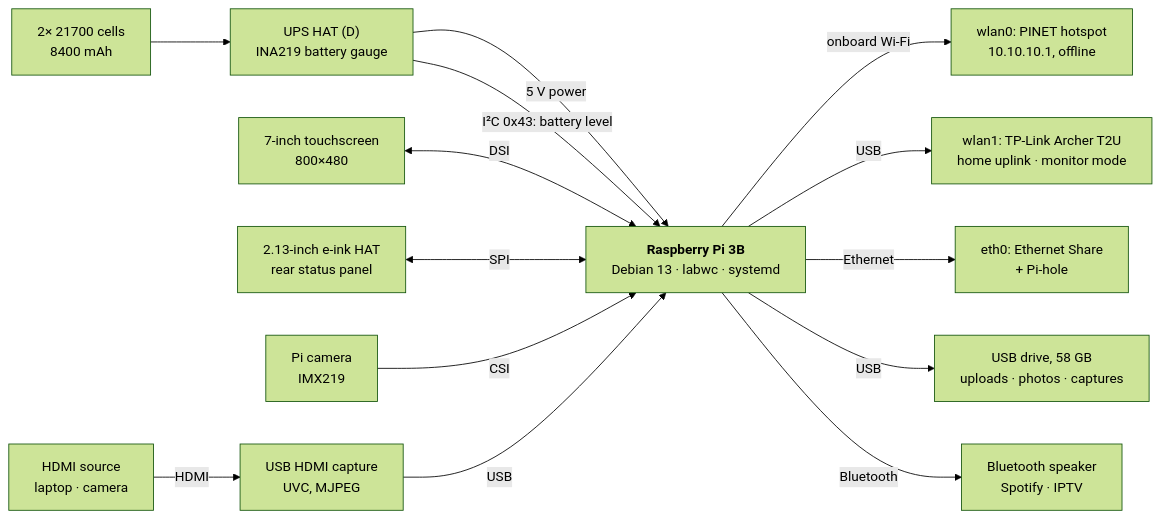
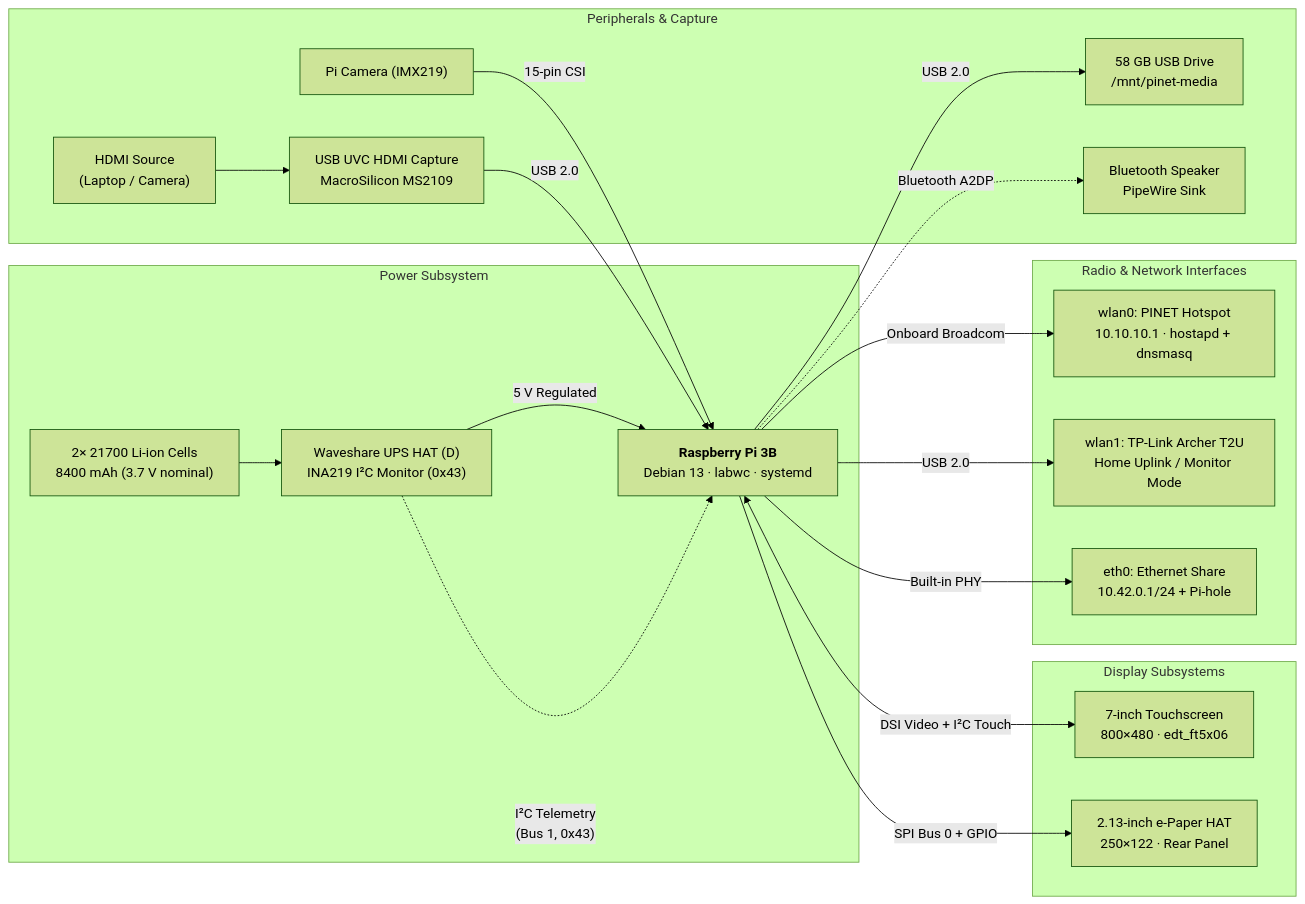
Before and after one commit to rupal2k/pinet: the diagram in README.md, drawn with Mermaid (forest theme). The commit also changed other lines of this file, not shown here.

First line of the commit message:
docs: enhance README with subsystem deep-dives, hardware BOM, setup steps, and CLI guide

````diff
--- a/README.md
+++ b/README.md
@@ -95,20 +233,27 @@
 ```mermaid
 flowchart LR
-    BAT["2× 21700 cells<br/>8400 mAh"] --> UPS["UPS HAT (D)<br/>INA219 battery gauge"]
-    UPS -->|5 V power| PI
-    UPS -->|"I²C 0x43: battery level"| PI
+    subgraph Power["Power Subsystem"]
+        BAT["2× 21700 Li-ion Cells<br/>8400 mAh (3.7 V nominal)"] --> UPS["Waveshare UPS HAT (D)<br/>INA219 I²C Monitor (0x43)"]
+        UPS -->|5 V Regulated| PI["<b>Raspberry Pi 3B</b><br/>Debian 13 · labwc · systemd"]
+        UPS -.->|"I²C Telemetry<br/>(Bus 1, 0x43)"| PI
+    end
 
-    PI["<b>Raspberry Pi 3B</b><br/>Debian 13 · labwc · systemd"]
+    subgraph Displays["Display Subsystems"]
+        PI <-->|DSI Video + I²C Touch| LCD["7-inch Touchscreen<br/>800×480 · edt_ft5x06"]
+        PI -->|SPI Bus 0 + GPIO| EINK["2.13-inch e-Paper HAT<br/>250×122 · Rear Panel"]
+    end
 
-    LCD["7-inch touchscreen<br/>800×480"] <-->|DSI| PI
-    EINK["2.13-inch e-ink HAT<br/>rear status panel"] <-->|SPI| PI
-    CAM["Pi camera<br/>IMX219"] -->|CSI| PI
+    subgraph Networking["Radio & Network Interfaces"]
+        PI -->|Onboard Broadcom| WLAN0["wlan0: PINET Hotspot<br/>10.10.10.1 · hostapd + dnsmasq"]
+        PI -->|USB 2.0| WLAN1["wlan1: TP-Link Archer T2U<br/>Home Uplink / Monitor Mode"]
+        PI -->|Built-in PHY| ETH["eth0: Ethernet Share<br/>10.42.0.1/24 + Pi-hole"]
+    end
 
-    PI -->|onboard Wi-Fi| WLAN0["wlan0: PINET hotspot<br/>10.10.10.1, offline"]
-    PI -->|USB| WLAN1["wlan1: TP-Link Archer T2U<br/>home uplink · monitor mode"]
-    PI -->|Ethernet| ETH["eth0: Ethernet Share<br/>+ Pi-hole"]
-    PI -->|USB| DRIVE["USB drive, 58 GB<br/>uploads · photos · captures"]
-    PI -->|Bluetooth| SPK["Bluetooth speaker<br/>Spotify · IPTV"]
-    HDMI["HDMI source<br/>laptop · camera"] -->|HDMI| CAP["USB HDMI capture<br/>UVC, MJPEG"]
-    CAP -->|USB| PI
+    subgraph Peripherals["Peripherals & Capture"]
+        CAM["Pi Camera (IMX219)"] -->|15-pin CSI| PI
+        HDMI["HDMI Source<br/>(Laptop / Camera)"] --> CAP["USB UVC HDMI Capture<br/>MacroSilicon MS2109"]
+        CAP -->|USB 2.0| PI
+        PI -->|USB 2.0| DRIVE["58 GB USB Drive<br/>/mnt/pinet-media"]
+        PI -.->|Bluetooth A2DP| SPK["Bluetooth Speaker<br/>PipeWire Sink"]
+    end
 ```
````
